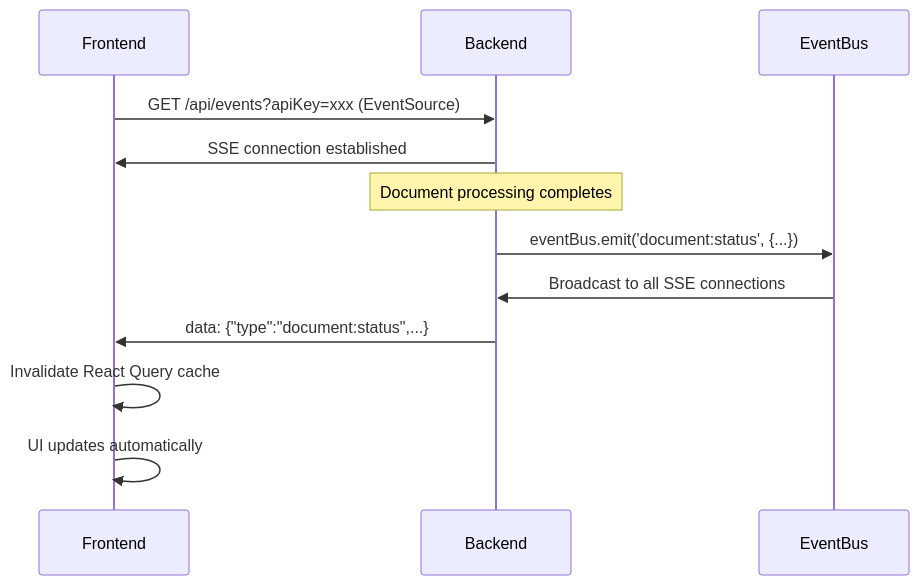
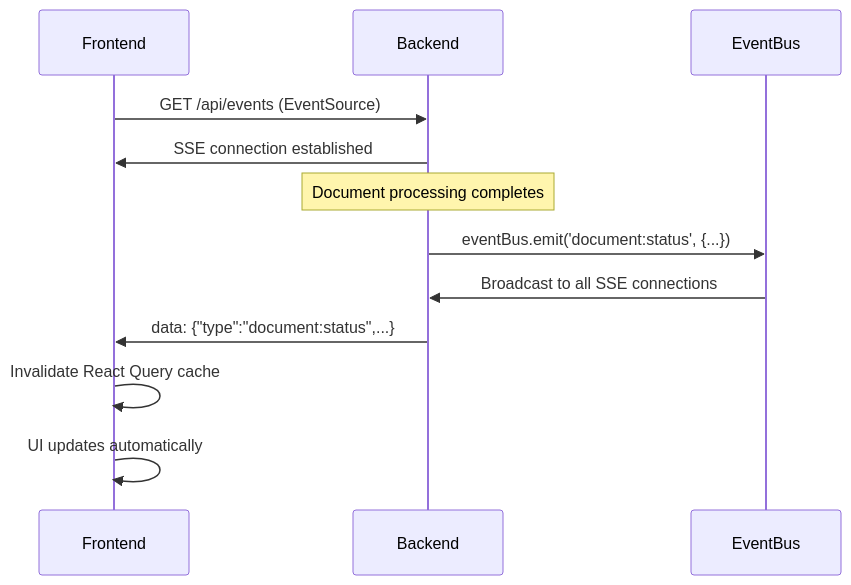
Before and after one commit to namtroi/RAGBase: the second of 2 diagrams in docs/specs-phase2.md, drawn with Mermaid. The commit also changed other lines of this file and 22 other files, not shown here.

````diff
--- a/docs/specs-phase2.md
+++ b/docs/specs-phase2.md
@@ -124,16 +124,16 @@
 ```mermaid
 sequenceDiagram
     participant F as Frontend
     participant B as Backend
     participant E as EventBus
 
-    F->>B: GET /api/events?apiKey=xxx (EventSource)
+    F->>B: GET /api/events (EventSource)
     B->>F: SSE connection established
     
     Note over B: Document processing completes
     B->>E: eventBus.emit('document:status', {...})
     E->>B: Broadcast to all SSE connections
     B->>F: data: {"type":"document:status",...}
     F->>F: Invalidate React Query cache
     F->>F: UI updates automatically
 ```
````
